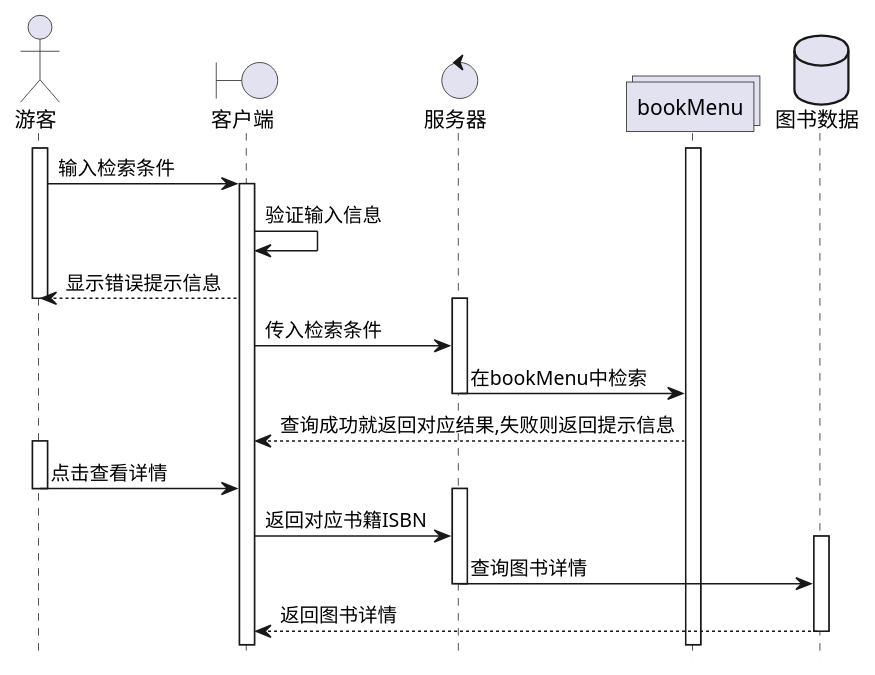
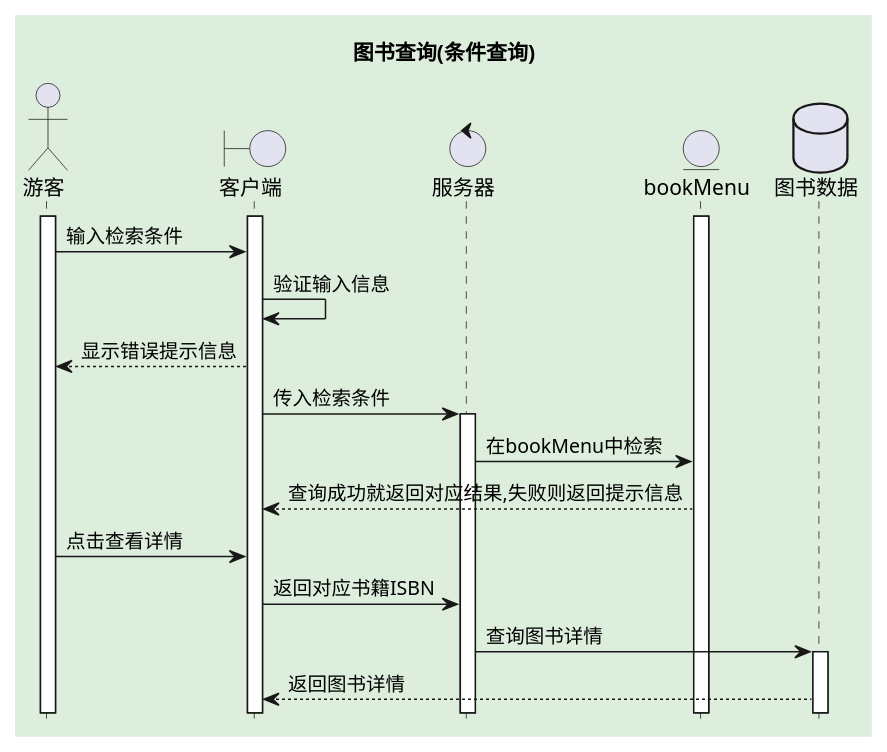
One commit to 201610414130/is_analysis-4 changed the first of 11 diagrams in test4/uaseCase.pu. Above: the diagram before and after it, drawn with PlantUML. The commit also changed other lines of this file and 14 other files, not shown here.

Commit message:
先传图片了

```diff
--- a/test4/uaseCase.pu
+++ b/test4/uaseCase.pu
@@ -1,31 +1,26 @@
-@startuml 图书查询
+@startuml 图书查询(条件查询)
+title 图书查询(条件查询)
 hide footbox
+skinparam backgroundColor #ded
 actor 游客
 boundary 客户端
 control 服务器
-collections bookMenu
+entity bookMenu
 database 图书数据
 
 activate 游客
 activate bookMenu
+activate 客户端
 游客 -> 客户端: 输入检索条件
-activate 客户端
 客户端 -> 客户端: 验证输入信息
 客户端 --> 游客: 显示错误提示信息
-deactivate 游客
+客户端 -> 服务器: 传入检索条件
 activate 服务器
-客户端 -> 服务器: 传入检索条件
 服务器 -> bookMenu: 在bookMenu中检索
-deactivate 服务器
 bookMenu --> 客户端: 查询成功就返回对应结果,失败则返回提示信息
-activate 游客
 游客 -> 客户端: 点击查看详情
-deactivate 游客
-activate 服务器
 客户端 -> 服务器: 返回对应书籍ISBN
+服务器 -> 图书数据: 查询图书详情
 activate 图书数据
-服务器 -> 图书数据: 查询图书详情
-deactivate 服务器
 图书数据 --> 客户端: 返回图书详情
-deactivate 图书数据
 @enduml
```
